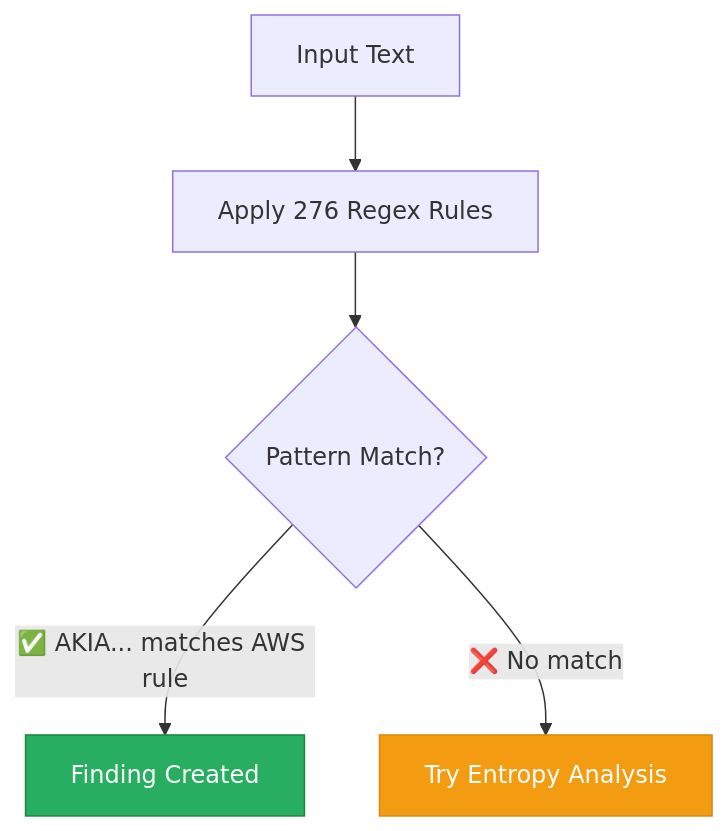
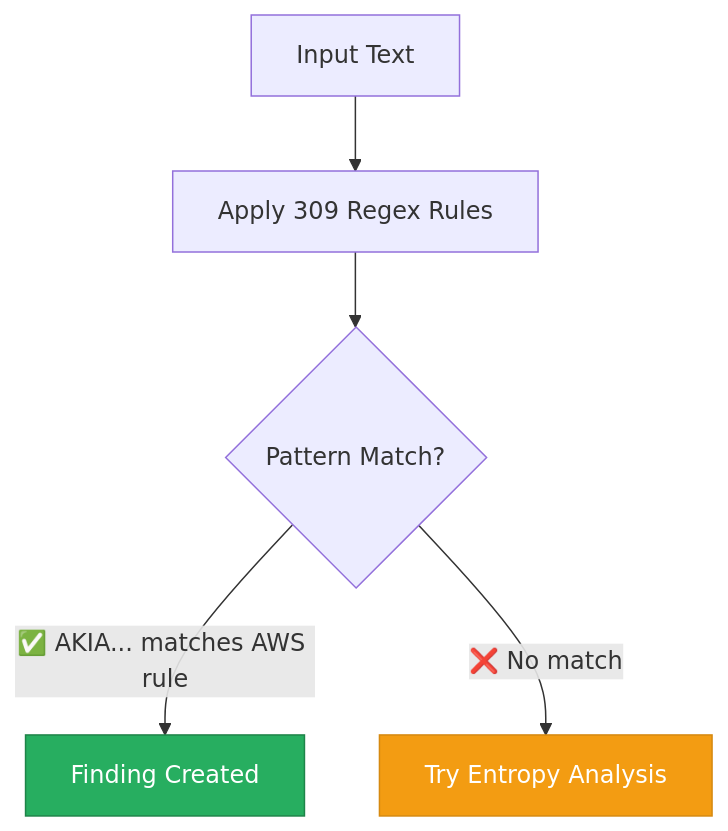
Before and after one commit to svemulapati/CredVigil: the fifth of 37 diagrams in docs/training/01-core-detection-engine.md, drawn with Mermaid. The commit also changed other lines of this file and 2 other files, not shown here.

First line of the commit message:
feat(rules): add 33 modern AI/ML and developer infrastructure detection rules

````diff
--- a/docs/training/01-core-detection-engine.md
+++ b/docs/training/01-core-detection-engine.md
@@ -301,9 +303,9 @@
 ```mermaid
 flowchart TD
-    A["Input Text"] --> B["Apply 276 Regex Rules"]
+    A["Input Text"] --> B["Apply 309 Regex Rules"]
     B --> C{"Pattern Match?"}
     C -->|"✅ AKIA... matches AWS rule"| D["Finding Created"]
     C -->|"❌ No match"| E["Try Entropy Analysis"]
     style D fill:#27AE60,stroke:#1E8449,color:#fff
     style E fill:#F39C12,stroke:#D68910,color:#fff
 ```
````
